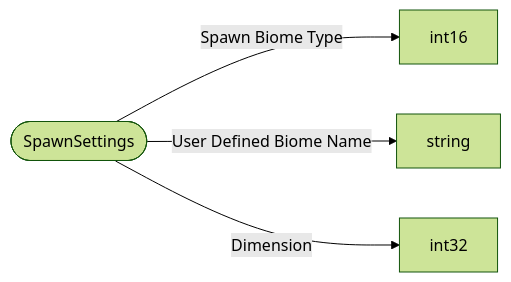
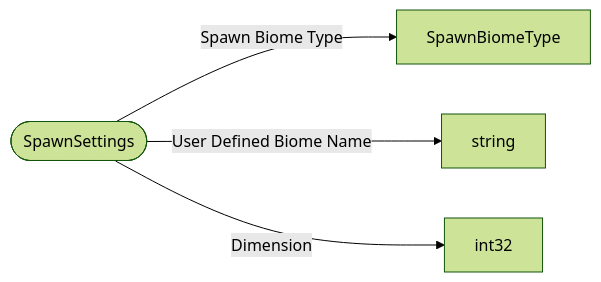
One commit to bedrock-v/protocol-docs changed the diagram in schemas/types/SpawnSettings.md. Above: the diagram before and after it, drawn with Mermaid (forest theme). The commit also changed 114 other files, not shown here.

````diff
--- a/schemas/types/SpawnSettings.md
+++ b/schemas/types/SpawnSettings.md
@@ -5,7 +5,7 @@
 ```mermaid
 flowchart LR
   ROOT(["SpawnSettings"])
-  ROOT -->|"Spawn Biome Type"| int16["int16"]
+  ROOT -->|"Spawn Biome Type"| SpawnBiomeType["SpawnBiomeType"]
   ROOT -->|"User Defined Biome Name"| string["string"]
   ROOT -->|"Dimension"| int32["int32"]
 ```
````
